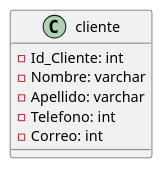
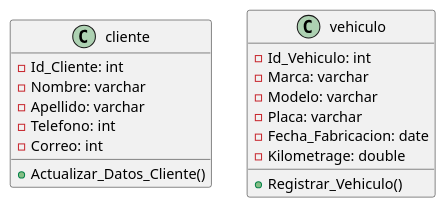
The diagram in src/main/java/DiagramaClasesAuorent.puml (Gianfranco-sudo/autorent), drawn with PlantUML before and after one commit.

Commit message:
Se agrego la clase vehiculo

```diff
--- a/src/main/java/DiagramaClasesAuorent.puml
+++ b/src/main/java/DiagramaClasesAuorent.puml
@@ -1,11 +1,21 @@
 @startuml
 class cliente{
 -Id_Cliente: int
 -Nombre: varchar
 -Apellido: varchar
 -Telefono: int
 -Correo: int
-
++Actualizar_Datos_Cliente()
+}
+class vehiculo{
+-Id_Vehiculo: int
+-Marca: varchar
+-Modelo: varchar
+-Placa: varchar
+-Fecha_Fabricacion: date
+-Kilometrage: double
++Registrar_Vehiculo()
 }
 
+
 @enduml
```
